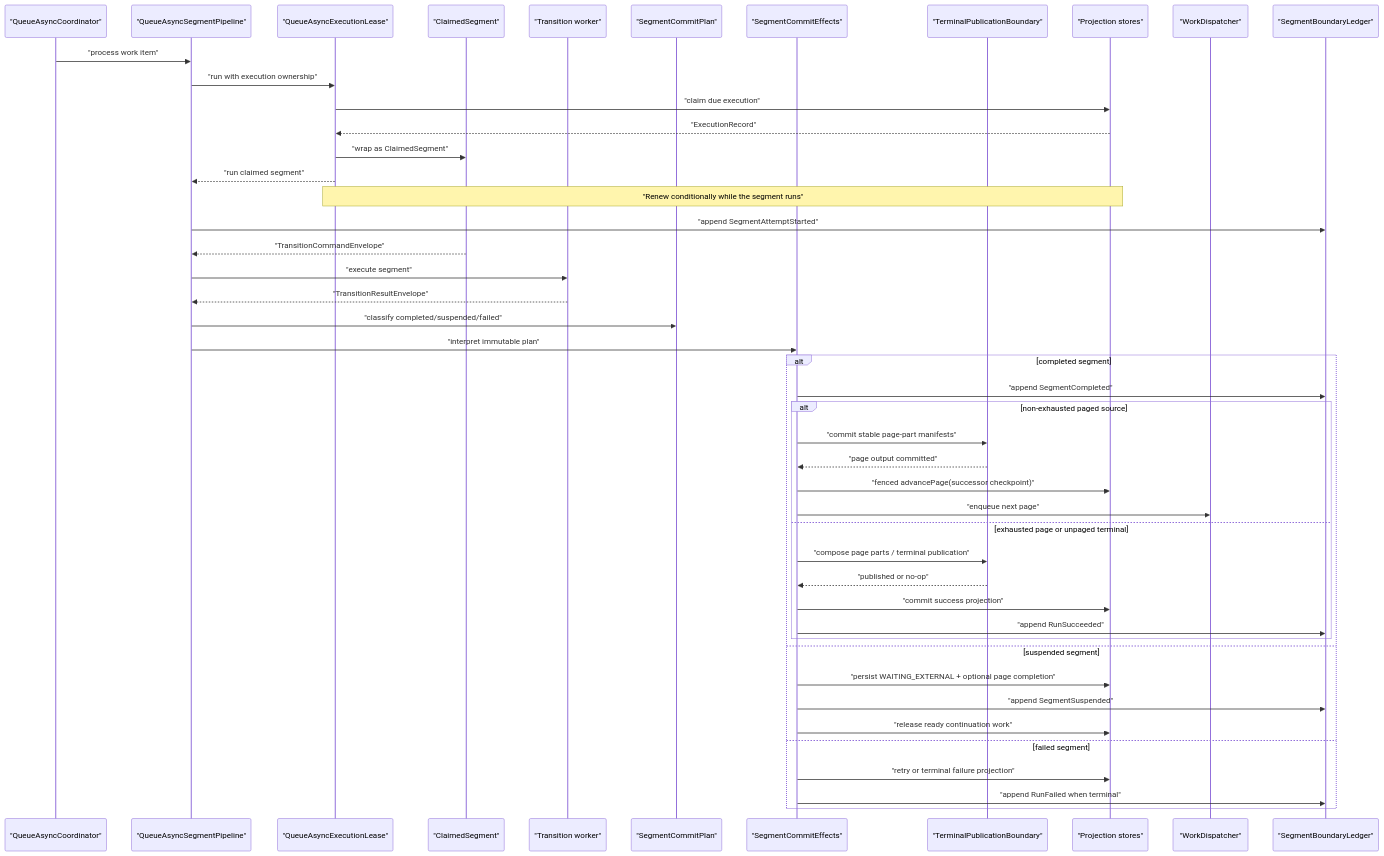
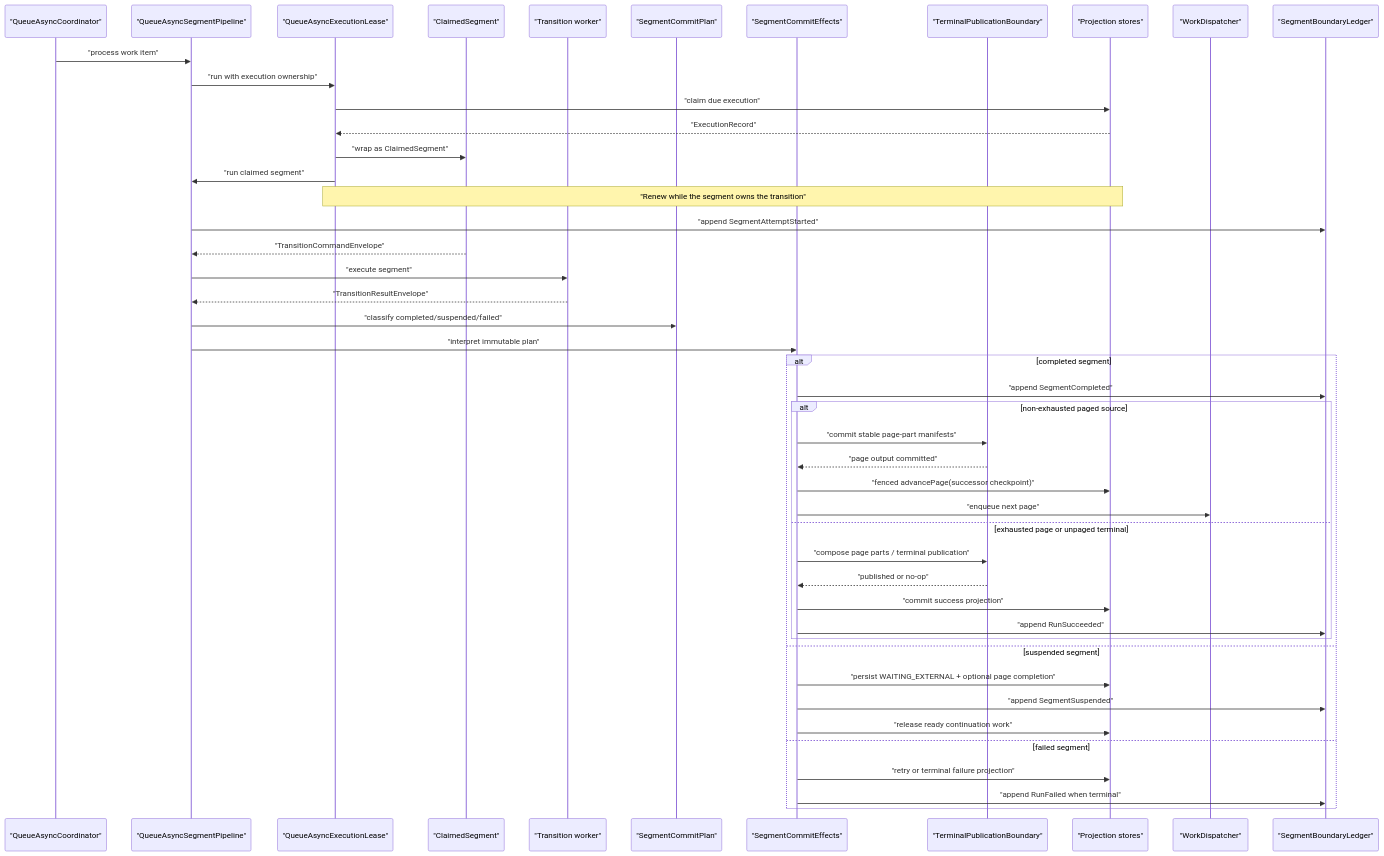
Before and after one commit to The-Pipeline-Framework/pipelineframework: the second of 5 diagrams in docs/evolve/await-unit-runtime/immutable-boundaries.md, drawn with Mermaid. The commit also changed other lines of this file and 1 other file, not shown here.

Commit message:
Clarify the lease lifetime and store operations

````diff
--- a/docs/evolve/await-unit-runtime/immutable-boundaries.md
+++ b/docs/evolve/await-unit-runtime/immutable-boundaries.md
@@ -109,49 +109,49 @@
 ```mermaid
 sequenceDiagram
     participant Queue as "QueueAsyncCoordinator"
     participant Pipeline as "QueueAsyncSegmentPipeline"
     participant Lease as "QueueAsyncExecutionLease"
     participant Segment as "ClaimedSegment"
     participant Worker as "Transition worker"
     participant Plan as "SegmentCommitPlan"
     participant Effects as "SegmentCommitEffects"
     participant Publish as "TerminalPublicationBoundary"
     participant Store as "Projection stores"
     participant Dispatch as "WorkDispatcher"
     participant Ledger as "SegmentBoundaryLedger"
 
     Queue->>Pipeline: "process work item"
     Pipeline->>Lease: "run with execution ownership"
     Lease->>Store: "claim due execution"
     Store-->>Lease: "ExecutionRecord"
     Lease->>Segment: "wrap as ClaimedSegment"
-    Lease-->>Pipeline: "run claimed segment"
-    Note over Lease,Store: "Renew conditionally while the segment runs"
+    Lease->>Pipeline: "run claimed segment"
+    Note over Lease,Store: "Renew while the segment owns the transition"
     Pipeline->>Ledger: "append SegmentAttemptStarted"
     Segment-->>Pipeline: "TransitionCommandEnvelope"
     Pipeline->>Worker: "execute segment"
     Worker-->>Pipeline: "TransitionResultEnvelope"
     Pipeline->>Plan: "classify completed/suspended/failed"
     Pipeline->>Effects: "interpret immutable plan"
     alt completed segment
       Effects->>Ledger: "append SegmentCompleted"
       alt non-exhausted paged source
         Effects->>Publish: "commit stable page-part manifests"
         Publish-->>Effects: "page output committed"
         Effects->>Store: "fenced advancePage(successor checkpoint)"
         Effects->>Dispatch: "enqueue next page"
       else exhausted page or unpaged terminal
         Effects->>Publish: "compose page parts / terminal publication"
         Publish-->>Effects: "published or no-op"
         Effects->>Store: "commit success projection"
         Effects->>Ledger: "append RunSucceeded"
       end
     else suspended segment
       Effects->>Store: "persist WAITING_EXTERNAL + optional page completion"
       Effects->>Ledger: "append SegmentSuspended"
       Effects->>Store: "release ready continuation work"
     else failed segment
       Effects->>Store: "retry or terminal failure projection"
       Effects->>Ledger: "append RunFailed when terminal"
     end
 ```
````
